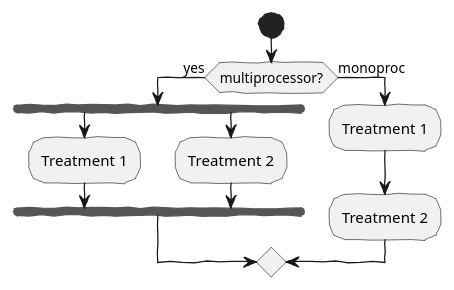
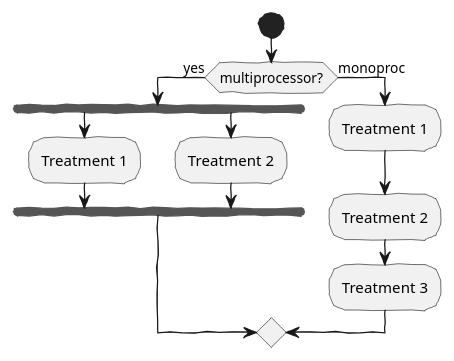
Before and after one commit to hsa1970/hello-world: the diagram in hud.puml, drawn with PlantUML.

```diff
--- a/hud.puml
+++ b/hud.puml
@@ -1,14 +1,15 @@
 @startuml
 skinparam handwritten true
 start
 if (multiprocessor?) then (yes)
   fork
     :Treatment 1;
   fork again
     :Treatment 2;
   end fork
 else (monoproc)
   :Treatment 1;
   :Treatment 2;
+  :Treatment 3;  
 endif
 @enduml
```
